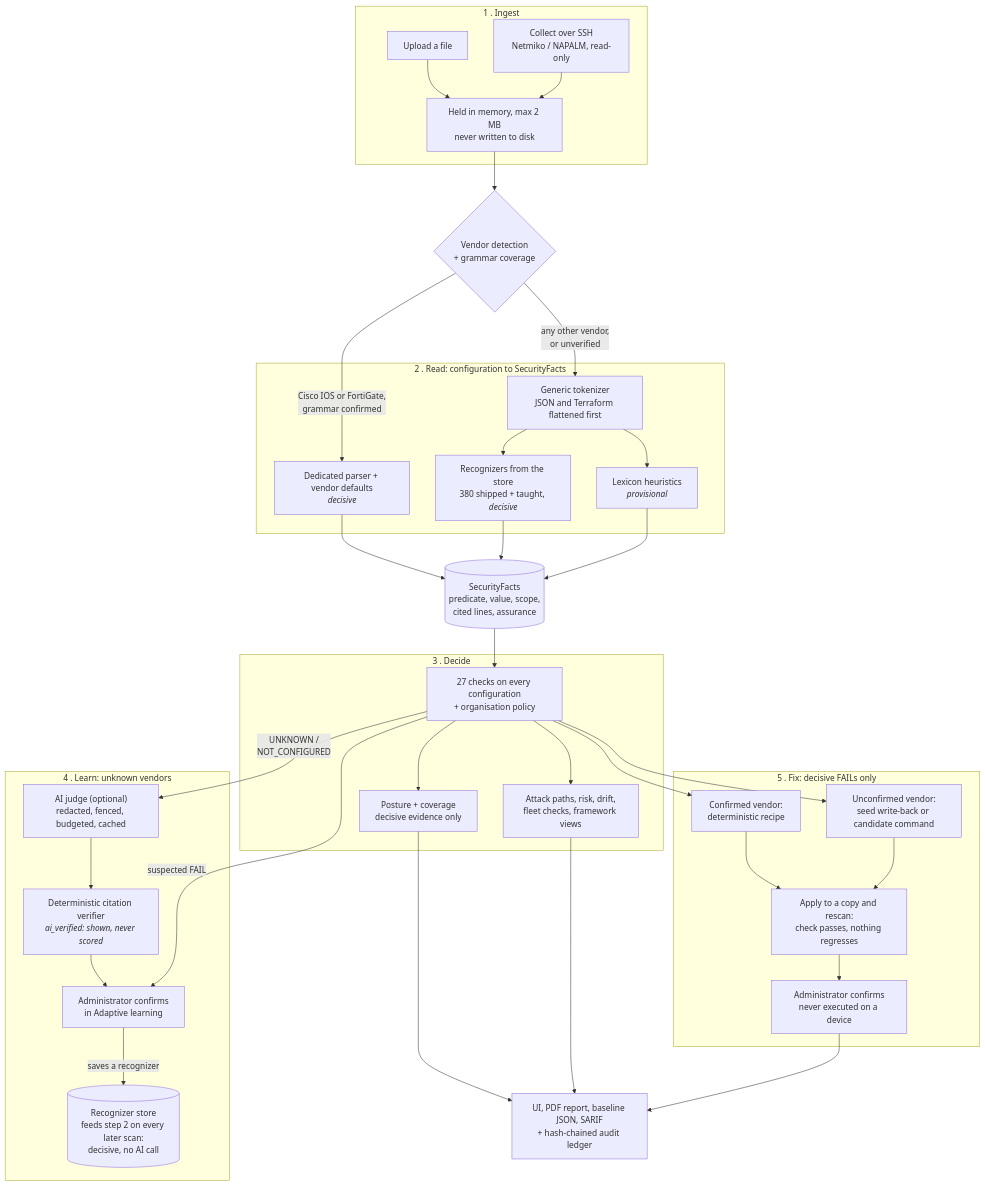
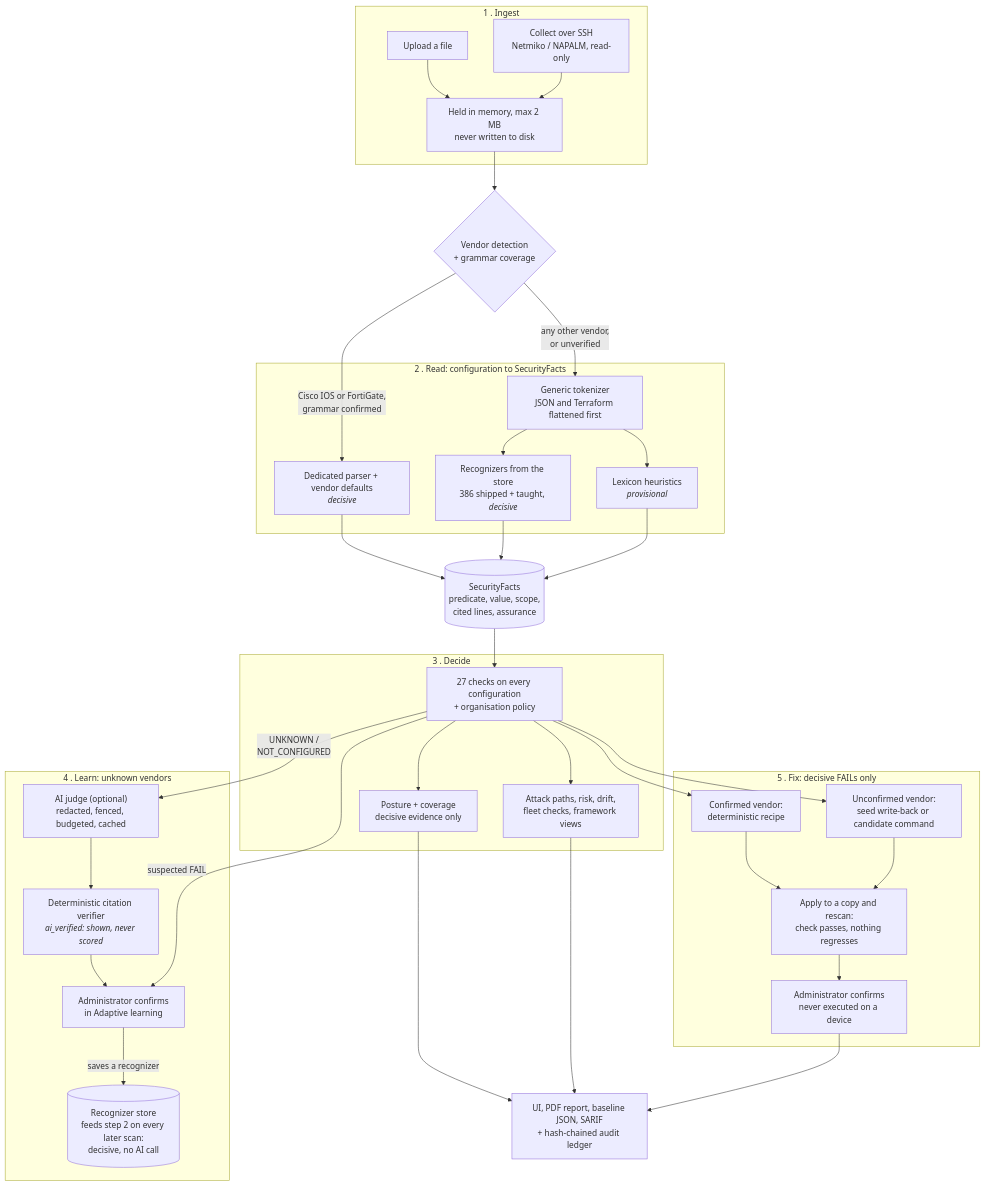
One commit to astrilo-monk/sih-26155 changed the diagram in README.md. Above: the diagram before and after it, drawn with Mermaid. The commit also changed other lines of this file and 22 other files, not shown here.

````diff
--- a/README.md
+++ b/README.md
@@ -111,66 +111,66 @@
 ```mermaid
 flowchart TD
     subgraph S1["1 . Ingest"]
         UP["Upload a file"]
         SSH["Collect over SSH<br/>Netmiko / NAPALM, read-only"]
         MEM["Held in memory, max 2 MB<br/>never written to disk"]
         UP --> MEM
         SSH --> MEM
     end
 
     MEM --> DET{"Vendor detection<br/>+ grammar coverage"}
 
     subgraph S2["2 . Read: configuration to SecurityFacts"]
         PAR["Dedicated parser + vendor defaults<br/><i>decisive</i>"]
         TOK["Generic tokenizer<br/>JSON and Terraform flattened first"]
-        REC["Recognizers from the store<br/>380 shipped + taught, <i>decisive</i>"]
+        REC["Recognizers from the store<br/>386 shipped + taught, <i>decisive</i>"]
         HEU["Lexicon heuristics<br/><i>provisional</i>"]
         TOK --> REC
         TOK --> HEU
     end
 
     DET -->|"Cisco IOS or FortiGate,<br/>grammar confirmed"| PAR
     DET -->|"any other vendor,<br/>or unverified"| TOK
 
     FACTS[("SecurityFacts<br/>predicate, value, scope,<br/>cited lines, assurance")]
     PAR --> FACTS
     REC --> FACTS
     HEU --> FACTS
 
     subgraph S3["3 . Decide"]
         CTL["27 checks on every configuration<br/>+ organisation policy"]
         SCORE["Posture + coverage<br/>decisive evidence only"]
         CTX["Attack paths, risk, drift,<br/>fleet checks, framework views"]
         CTL --> SCORE
         CTL --> CTX
     end
     FACTS --> CTL
 
     subgraph S4["4 . Learn: unknown vendors"]
         JUDGE["AI judge (optional)<br/>redacted, fenced, budgeted, cached"]
         VER["Deterministic citation verifier<br/><i>ai_verified: shown, never scored</i>"]
         HUM["Administrator confirms<br/>in Adaptive learning"]
         DB[("Recognizer store<br/>feeds step 2 on every later scan:<br/>decisive, no AI call")]
         JUDGE --> VER --> HUM
         HUM -->|"saves a recognizer"| DB
     end
     CTL -->|"UNKNOWN /<br/>NOT_CONFIGURED"| JUDGE
     CTL -->|"suspected FAIL"| HUM
 
     subgraph S5["5 . Fix: decisive FAILs only"]
         RCP["Confirmed vendor:<br/>deterministic recipe"]
         WB["Unconfirmed vendor:<br/>seed write-back or candidate command"]
         RESCAN["Apply to a copy and rescan:<br/>check passes, nothing regresses"]
         OK["Administrator confirms<br/>never executed on a device"]
         RCP --> RESCAN
         WB --> RESCAN
         RESCAN --> OK
     end
     CTL --> RCP
     CTL --> WB
 
     OUT["UI, PDF report, baseline JSON, SARIF<br/>+ hash-chained audit ledger"]
     SCORE --> OUT
     CTX --> OUT
     OK --> OUT
 ```
````
